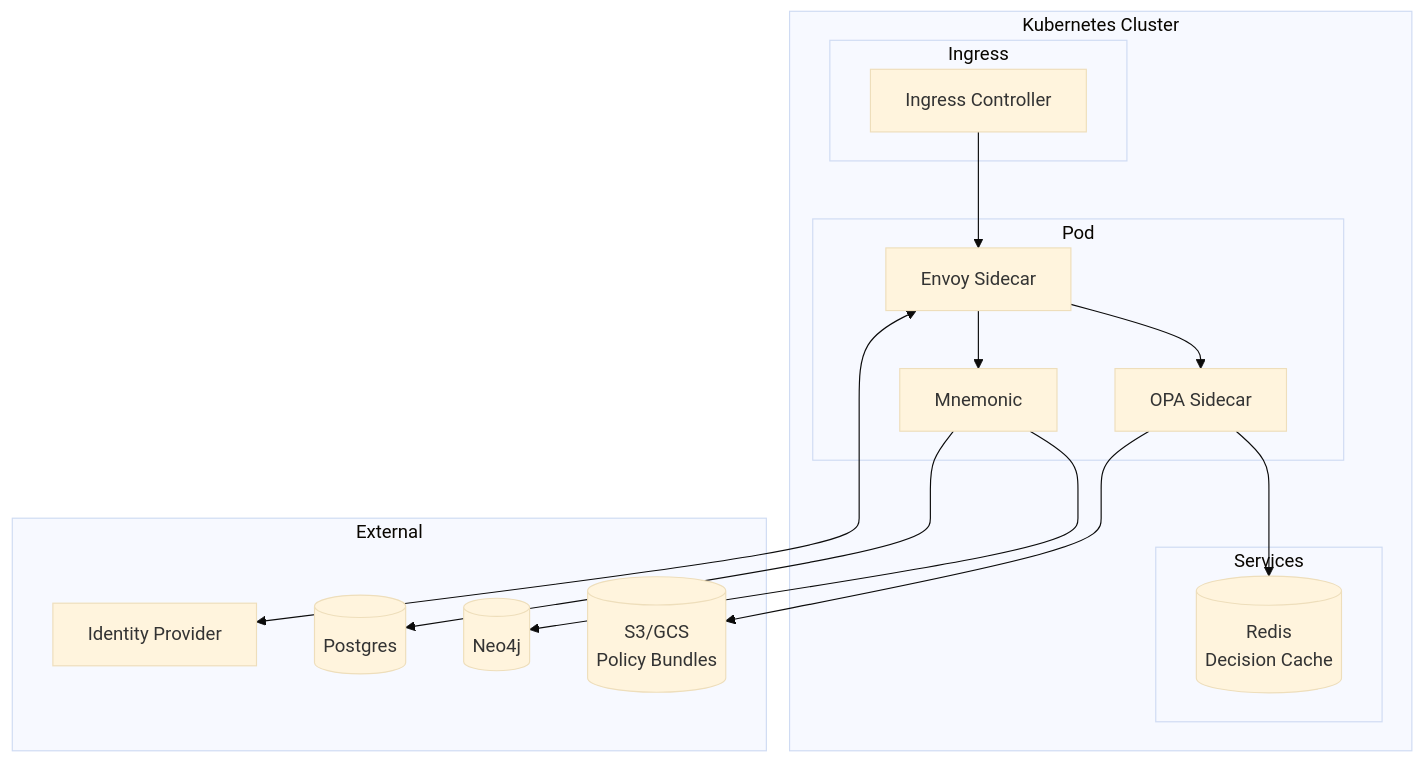
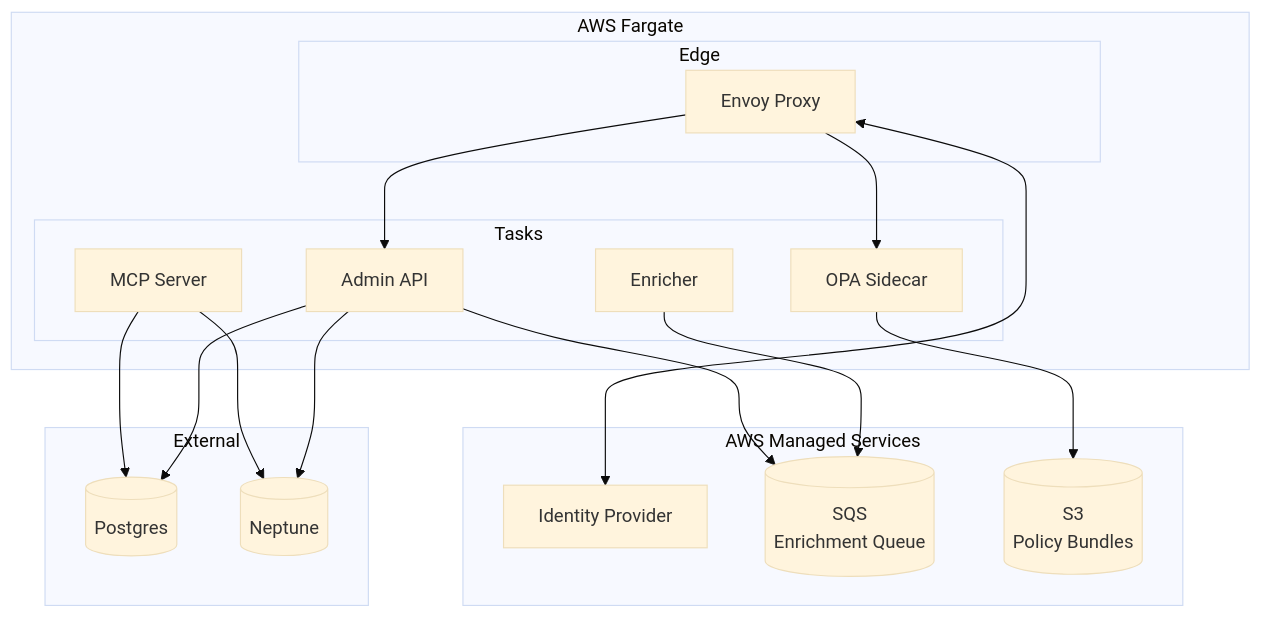
Before and after one commit to twistingmercury/mnemonic-docs: the ninth of 10 diagrams in docs/architecture/system/01-security-architecture.md, drawn with Mermaid (base theme). The commit also changed other lines of this file and 1 other file, not shown here.

Commit message:
docs: fix observability and security architecture for three-service topology

````diff
--- a/docs/architecture/system/01-security-architecture.md
+++ b/docs/architecture/system/01-security-architecture.md
@@ -475,34 +487,37 @@
 ```mermaid
 graph TB
-    subgraph "Kubernetes Cluster"
-        subgraph "Ingress"
-            ING[Ingress Controller]
+    subgraph "AWS Fargate"
+        subgraph "Edge"
+            ENV[Envoy Proxy]
         end
 
-        subgraph "Pod"
-            ENV[Envoy Sidecar]
+        subgraph "Tasks"
             OPA[OPA Sidecar]
-            MN[Mnemonic]
-        end
-
-        subgraph "Services"
-            REDIS[(Redis<br/>Decision Cache)]
+            MCP[MCP Server]
+            API[Admin API]
+            ENR[Enricher]
         end
     end
 
-    subgraph "External"
+    subgraph "AWS Managed Services"
         IDP[Identity Provider]
-        PG[(Postgres)]
-        NEO[(Neo4j)]
-        S3[(S3/GCS<br/>Policy Bundles)]
+        SQS[(SQS<br/>Enrichment Queue)]
+        S3[(S3<br/>Policy Bundles)]
     end
 
-    ING --> ENV
+    subgraph "External"
+        PG[(Postgres)]
+        NEO[(Neptune)]
+    end
+
     ENV --> OPA
-    ENV --> MN
-    OPA --> REDIS
+    ENV --> API
     OPA --> S3
-    MN --> PG
-    MN --> NEO
+    MCP --> PG
+    MCP --> NEO
+    API --> PG
+    API --> NEO
+    API --> SQS
+    ENR --> SQS
     ENV <--> IDP
 ```
````
